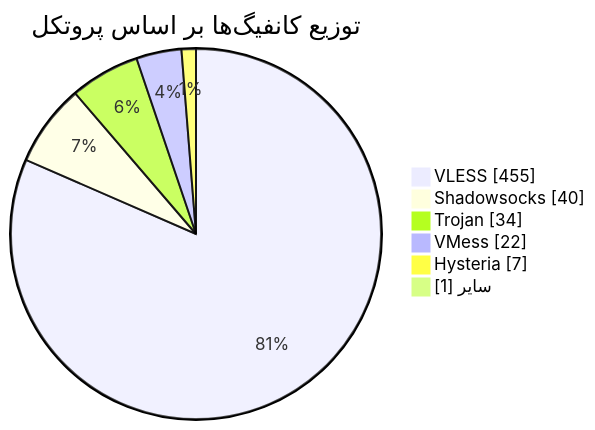
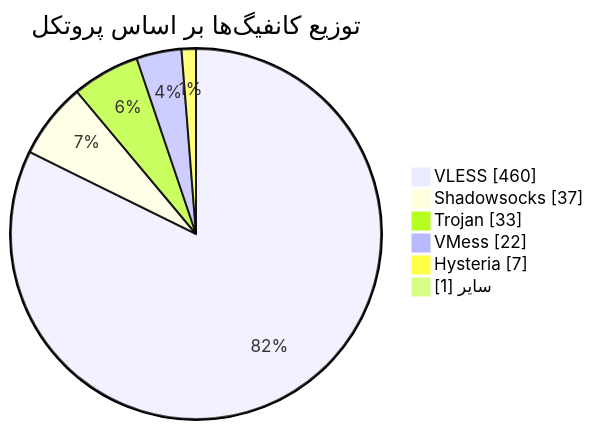
The diagram in README.md (Arian-Alijani/Somthing), drawn with Mermaid before and after one commit. The commit also changed other lines of this file and 53 other files, not shown here.

````diff
--- a/README.md
+++ b/README.md
@@ -48,10 +48,10 @@
 ```mermaid
 pie showData
     title توزیع کانفیگ‌ها بر اساس پروتکل
-    "VLESS" : 455
-    "Shadowsocks" : 40
-    "Trojan" : 34
+    "VLESS" : 460
+    "Shadowsocks" : 37
+    "Trojan" : 33
     "VMess" : 22
     "Hysteria" : 7
     "سایر" : 1
 ```
````
